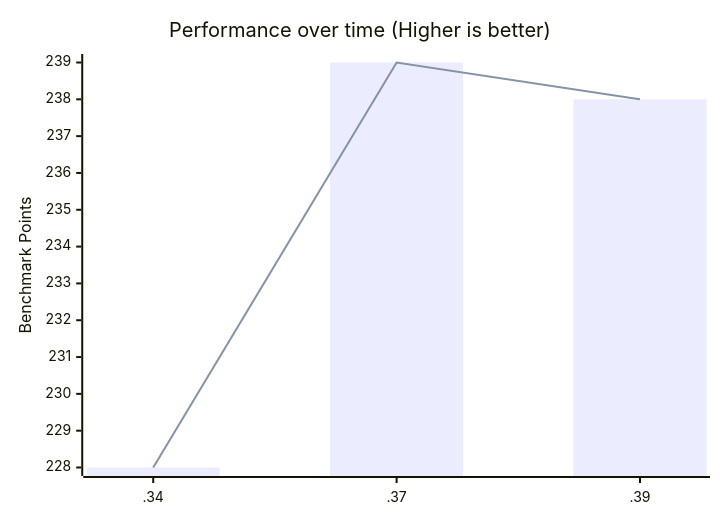
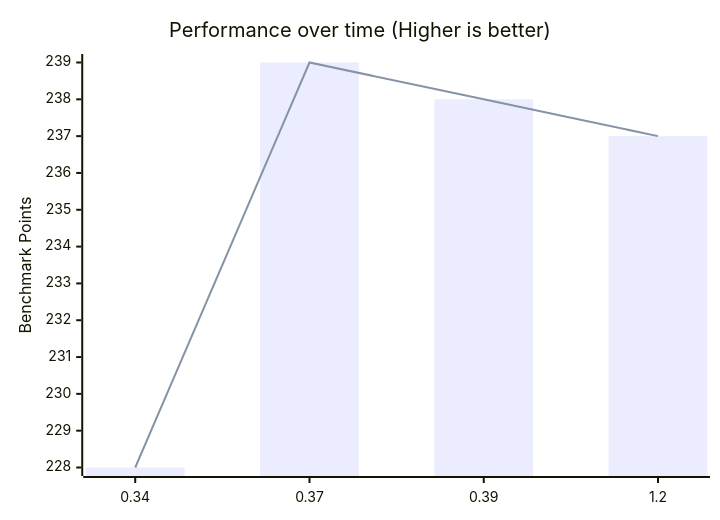
The second of 4 diagrams in content/benchmarks.md (zen-browser/docs), drawn with Mermaid before and after one commit. The commit also changed other lines of this file, not shown here.

````diff
--- a/content/benchmarks.md
+++ b/content/benchmarks.md
@@ -55,8 +55,8 @@
 ```mermaid
 xychart-beta
     title "Performance over time (Higher is better)"
-    x-axis [.34,.37,.39]
+    x-axis [0.34,0.37,0.39,1.2]
     y-axis "Benchmark Points"
-    bar [228,239,238]
-    line [228,239,238]
+    bar [228,239,238,237]
+    line [228,239,238,237]
 ```
````
